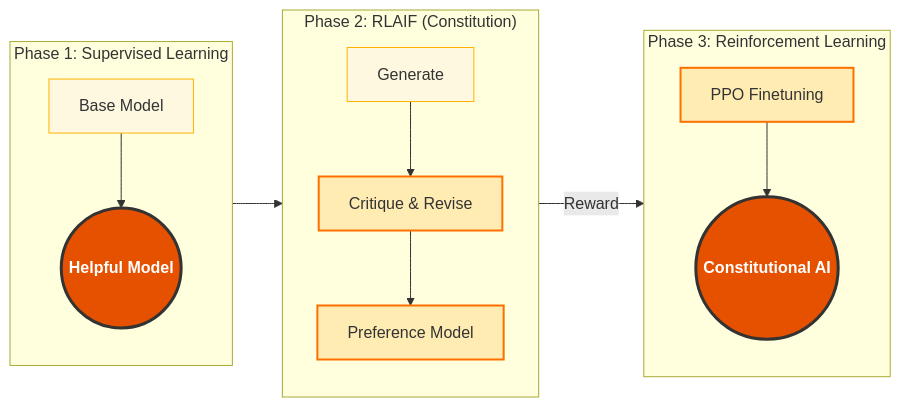
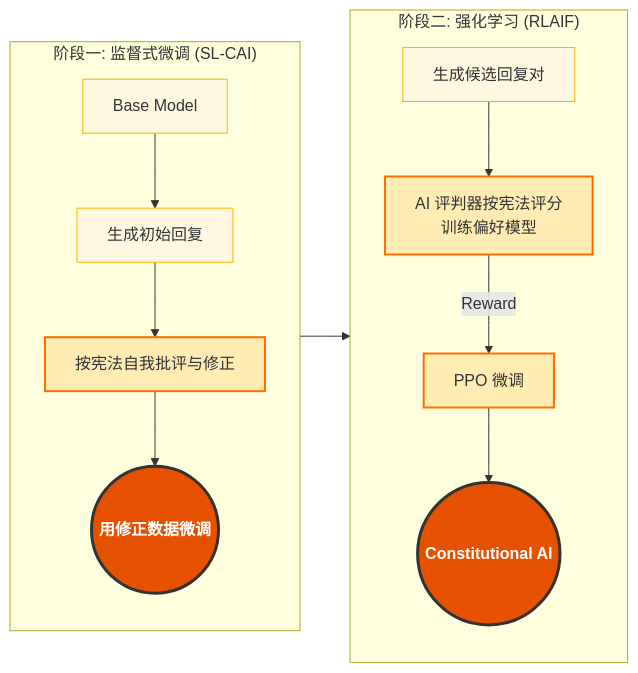
Before and after one commit to yeasy/claude_guide: the diagram in 11_safety/11.1_cai.md, drawn with Mermaid. The commit also changed 4 other files, not shown here.

````diff
--- a/11_safety/11.1_cai.md
+++ b/11_safety/11.1_cai.md
@@ -53,25 +53,22 @@
 ```mermaid
 graph LR
     %% Styles
     classDef core fill:#E65100,stroke:#333,stroke-width:3px,color:white,font-weight:bold;
     classDef branch fill:#FFECB3,stroke:#FF6F00,stroke-width:2px,color:#333;
     classDef node fill:#FFF8E1,stroke:#FFB300,stroke-width:1px,color:#333;
 
-    subgraph P1["Phase 1: Supervised Learning"]
+    subgraph P1["阶段一: 监督式微调 (SL-CAI)"]
         direction TB
-        M1["Base Model"]:::node --> M2(("Helpful Model")):::core
+        M1["Base Model"]:::node --> Gen1["生成初始回复"]:::node
+        Gen1 --> Crit["按宪法自我批评与修正"]:::branch
+        Crit --> SFT(("用修正数据微调")):::core
     end
 
-    subgraph P2["Phase 2: RLAIF (Constitution)"]
+    subgraph P2["阶段二: 强化学习 (RLAIF)"]
         direction TB
-        M2 --> Gen["Generate"]:::node
-        Gen --> Crit["Critique & Revise"]:::branch
-        Crit --> PM["Preference Model"]:::branch
-    end
-
-    subgraph P3["Phase 3: Reinforcement Learning"]
-        direction TB
-        PM --"Reward"--> RL["PPO Finetuning"]:::branch
+        SFT --> Pairs["生成候选回复对"]:::node
+        Pairs --> PM["AI 评判器按宪法评分<br/>训练偏好模型"]:::branch
+        PM --"Reward"--> RL["PPO 微调"]:::branch
         RL --> Final(("Constitutional AI")):::core
     end
 ```
````
